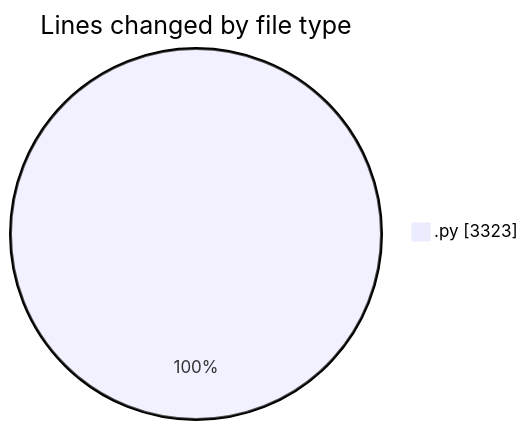
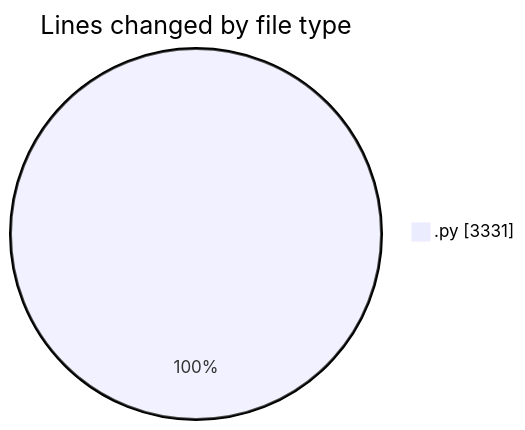
One commit to julien-gomy/code-tracking changed the first of 2 diagrams in 2025-11-19/eventscop-api-guide__workspace_/README.md. Above: the diagram before and after it, drawn with Mermaid. The commit also changed other lines of this file and 1 other file, not shown here.

````diff
--- a/2025-11-19/eventscop-api-guide__workspace_/README.md
+++ b/2025-11-19/eventscop-api-guide__workspace_/README.md
@@ -25,5 +25,5 @@
 ```mermaid
 pie showData
 title Lines changed by file type
-".py" : 3323
+".py" : 3331
 ```
````
